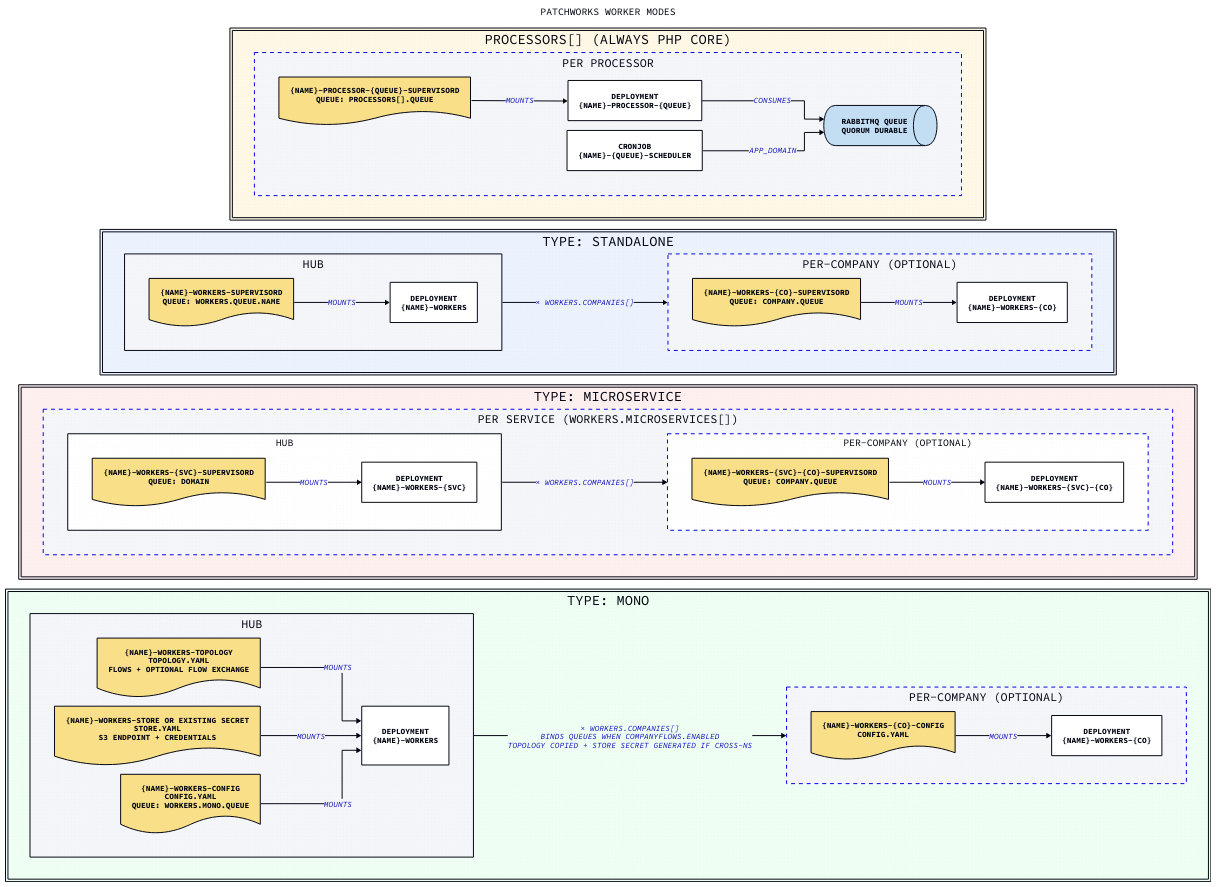
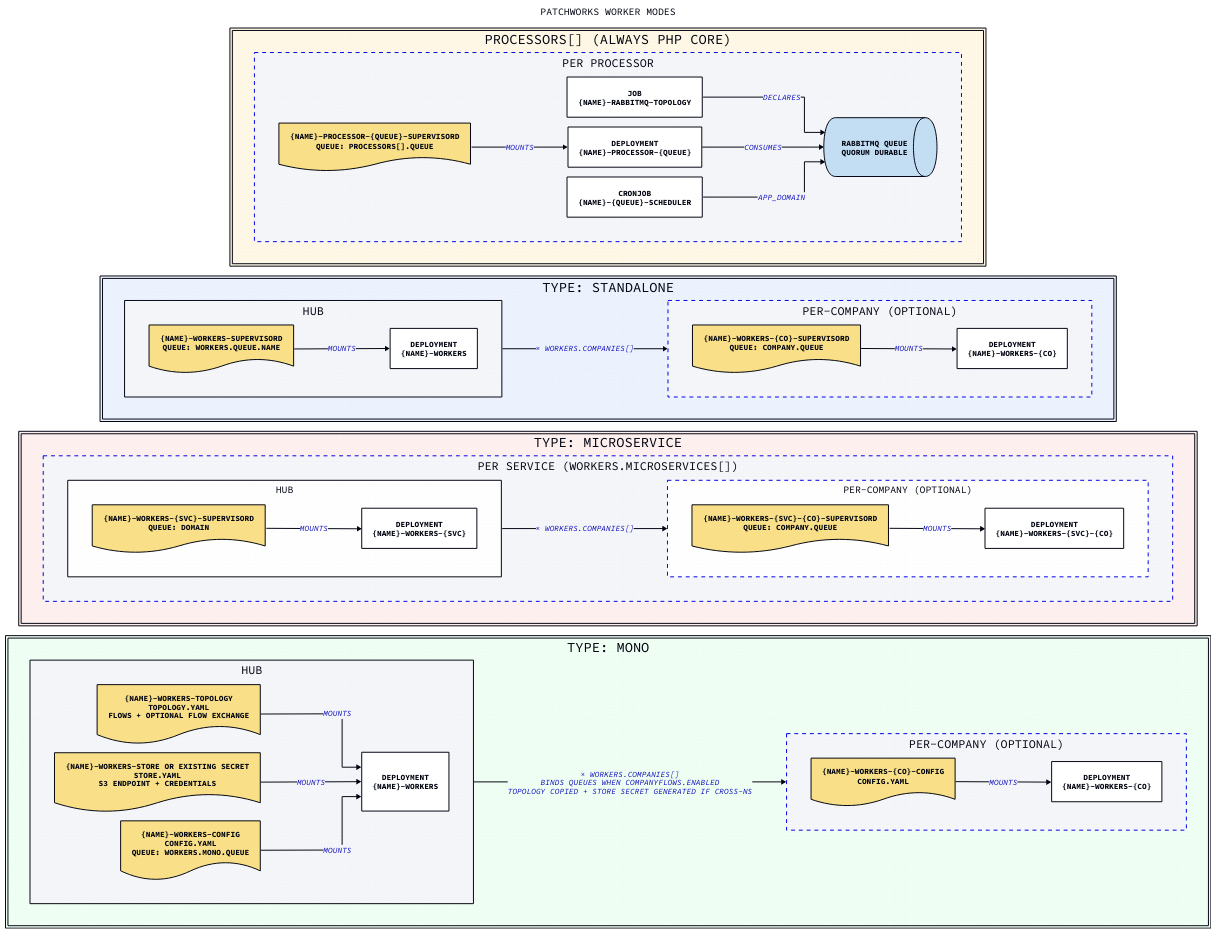
Before and after one commit to gopatchworks/selfhosted: the diagram in docs/workers-diagram.d2, drawn with D2. The commit also changed 8 other files, not shown here.

Commit message:
move queue topology to app chart

```diff
--- a/docs/workers-diagram.d2
+++ b/docs/workers-diagram.d2
@@ -1,131 +1,133 @@
 vars: {
   d2-config: {
     layout-engine: elk
     # Terminal theme code
     theme-id: 300
   }
 }
 
 direction: right
 
 title: Patchworks Worker Modes {
   shape: text
   near: top-center
   style.font-size: 20
 }
 
 # ── processors[] ────────────────────────────────────────────────────────────
 
 processors: "processors[] (always PHP Core)" {
   style.fill: "#FFF8E6"
   direction: down
 
-  desc: "Background processor queues are independent of workers.type.\nEach enabled processor creates a PHP worker Deployment and scheduler CronJob." {
+  desc: "Background processor queues are independent of workers.type.\nEach enabled processor creates a PHP worker Deployment and scheduler CronJob.\nThe app chart also asserts RabbitMQ queues with a topology hook." {
     shape: text
   }
 
   processor: "Per Processor" {
     style.stroke-dash: 4
     direction: right
+    topology: "Job\n{name}-rabbitmq-topology" { shape: rectangle }
     cm: "{name}-processor-{queue}-supervisord\nqueue: processors[].queue" { shape: document }
     dep: "Deployment\n{name}-processor-{queue}" { shape: rectangle }
     cron: "CronJob\n{name}-{queue}-scheduler" { shape: rectangle }
     queue: "RabbitMQ queue\nquorum durable" { shape: queue }
+    topology -> queue: declares
     cm -> dep: mounts
     dep -> queue: consumes
     cron -> queue: APP_DOMAIN
   }
 }
 
 # ── type: standalone ────────────────────────────────────────────────────────
 
 standalone: "type: standalone" {
   style.fill: "#EDF2FF"
   direction: down
 
   desc: "One queue worker via supervisord.\nConcurrency controlled by workers.processes (numprocs)." {
     shape: text
   }
 
   hub: Hub {
     direction: right
     cm: "{name}-workers-supervisord\nqueue: workers.queue.name" { shape: document }
     dep: "Deployment\n{name}-workers" { shape: rectangle }
     cm -> dep: mounts
   }
 
   company: "Per-Company (optional)" {
     style.stroke-dash: 4
     direction: right
     cm: "{name}-workers-{co}-supervisord\nqueue: company.queue" { shape: document }
     dep: "Deployment\n{name}-workers-{co}" { shape: rectangle }
     cm -> dep: mounts
   }
 
   hub -> company: "× workers.companies[]"
 }
 
 # ── type: microservice ───────────────────────────────────────────────────────
 
 microservice: "type: microservice" {
   style.fill: "#FFF0F0"
   direction: down
 
   desc: "One worker per service key in workers.microservices.\n_default provides fallbacks for all fields." {
     shape: text
   }
 
   service: "Per Service (workers.microservices[])" {
     style.stroke-dash: 4
     direction: down
 
     hub: Hub {
       direction: right
       cm: "{name}-workers-{svc}-supervisord\nqueue: domain" { shape: document }
       dep: "Deployment\n{name}-workers-{svc}" { shape: rectangle }
       cm -> dep: mounts
     }
 
     company: "Per-Company (optional)" {
       style.stroke-dash: 4
       direction: right
       cm: "{name}-workers-{svc}-{co}-supervisord\nqueue: company.queue" { shape: document }
       dep: "Deployment\n{name}-workers-{svc}-{co}" { shape: rectangle }
       cm -> dep: mounts
     }
 
     hub -> company: "× workers.companies[]"
   }
 }
 
 # ── type: mono ───────────────────────────────────────────────────────────────
 
 mono: "type: mono" {
   style.fill: "#F0FFF4"
   direction: down
 
   desc: "Monocore Go worker. RabbitMQ topology asserted at startup via topology.yaml." {
     shape: text
   }
 
   hub: Hub {
     direction: right
     topology: "{name}-workers-topology\ntopology.yaml\nflows + optional flow exchange" { shape: document }
     store:    "{name}-workers-store or existing Secret\nstore.yaml\nS3 endpoint + credentials" { shape: document }
     config:   "{name}-workers-config\nconfig.yaml\nqueue: workers.mono.queue" { shape: document }
     dep:      "Deployment\n{name}-workers"                      { shape: rectangle }
     topology -> dep: mounts
     store    -> dep: mounts
     config   -> dep: mounts
   }
 
   company: "Per-Company (optional)" {
     style.stroke-dash: 4
     direction: right
     config: "{name}-workers-{co}-config\nconfig.yaml"           { shape: document }
     dep:    "Deployment\n{name}-workers-{co}"                   { shape: rectangle }
     config -> dep: mounts
   }
 
   hub -> company: "× workers.companies[]\nbinds queues when companyFlows.enabled\ntopology copied + store Secret generated if cross-ns"
 }
```
